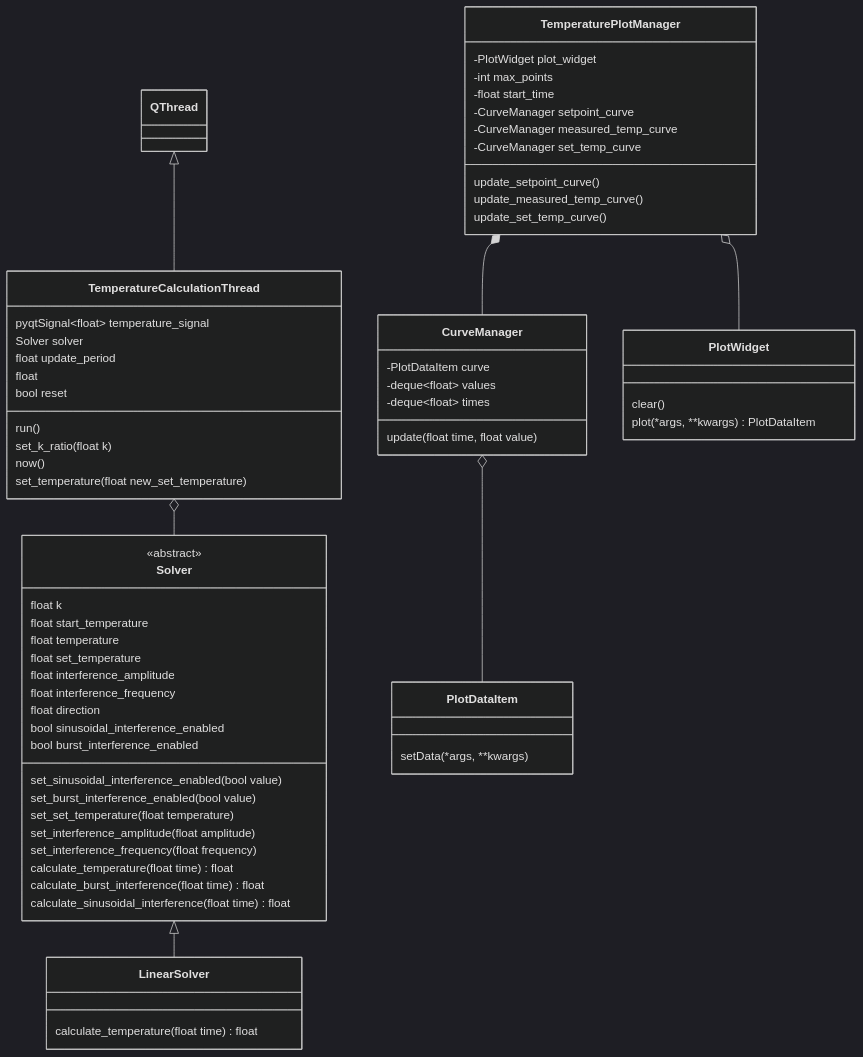
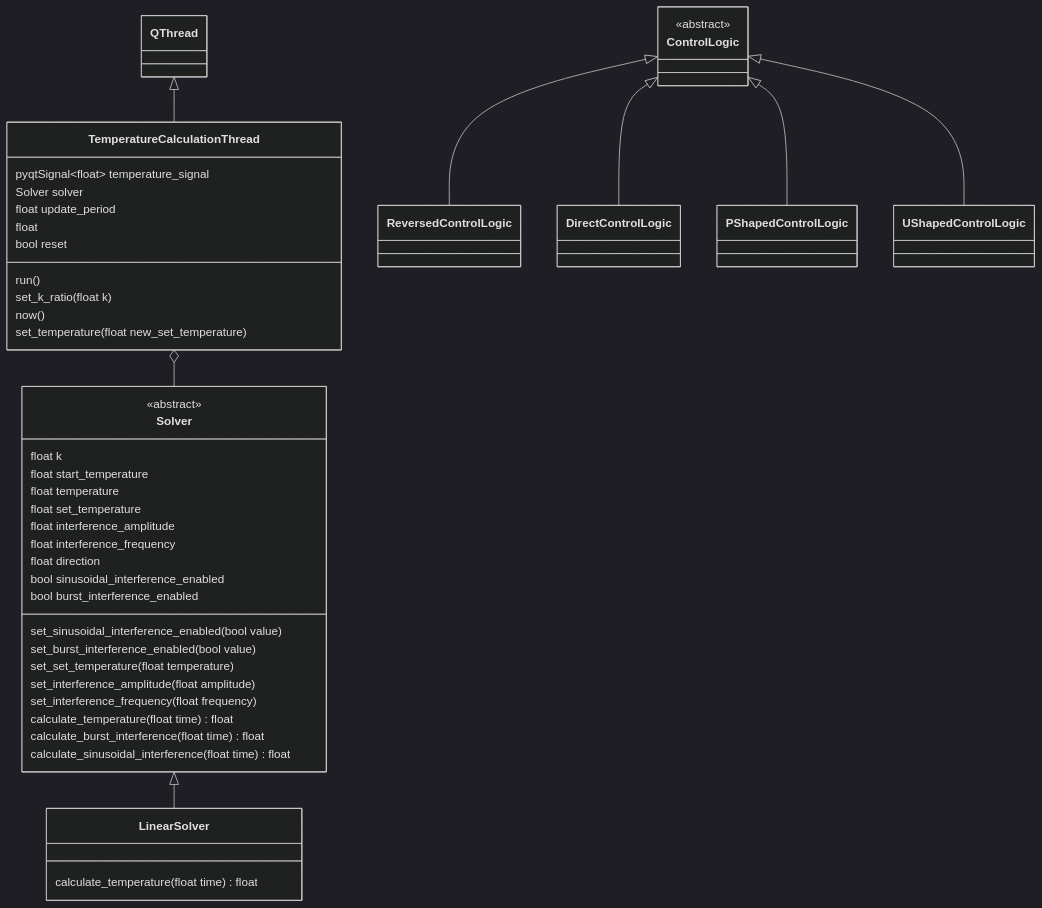
The fifth of 7 diagrams in data/diagrams/диаграмма классов.md (Marik28/dissertation), drawn with Mermaid (dark theme) before and after one commit. The commit also changed 4 other files, not shown here.

Commit message:
add control logic

````diff
--- a/data/diagrams/диаграмма классов.md
+++ b/data/diagrams/диаграмма классов.md
@@ -271,75 +271,51 @@
 ```mermaid
 classDiagram
     
     class Solver {
         <<abstract>>
         float k
         float start_temperature
         float temperature
         float set_temperature
         float interference_amplitude
         float interference_frequency
         float direction
         bool sinusoidal_interference_enabled
         bool burst_interference_enabled
         set_sinusoidal_interference_enabled(bool value)
         set_burst_interference_enabled(bool value)
         set_set_temperature(float temperature)
         set_interference_amplitude(float amplitude)
         set_interference_frequency(float frequency)
         calculate_temperature(float time) float
         calculate_burst_interference(float time) float
         calculate_sinusoidal_interference(float time) float
     }
     
     class LinearSolver {
         calculate_temperature(float time) float
     }
-    
+    class ControlLogic {
+        <<abstract>>
+    }
     class TemperatureCalculationThread {
         pyqtSignal~float~ temperature_signal
         Solver solver
         float update_period
         float
         bool reset
         run()
         set_k_ratio(float k)
         now()
         set_temperature(float new_set_temperature)
     }
     
-    class CurveManager {
-        -PlotDataItem curve
-        -deque~float~ values
-        -deque~float~ times
-        update(float time, float value)
-    }
-    
-    class TemperaturePlotManager {
-        -PlotWidget plot_widget
-        -int max_points
-        -float start_time
-        -CurveManager setpoint_curve
-        -CurveManager measured_temp_curve
-        -CurveManager set_temp_curve
-        update_setpoint_curve()       
-        update_measured_temp_curve()       
-        update_set_temp_curve()       
-    }
-    
-    class PlotWidget {
-        clear()
-        plot(*args, **kwargs) PlotDataItem
-    }
-    
-    class PlotDataItem {
-        setData(*args, **kwargs)
-    }
     
     QThread <|-- TemperatureCalculationThread
     TemperatureCalculationThread o-- Solver
-    TemperaturePlotManager *-- CurveManager
-    TemperaturePlotManager o-- PlotWidget
-    CurveManager o-- PlotDataItem
     Solver <|-- LinearSolver
+    ControlLogic <|-- ReversedControlLogic
+    ControlLogic <|-- DirectControlLogic
+    ControlLogic <|-- PShapedControlLogic
+    ControlLogic <|-- UShapedControlLogic
 ```
````
